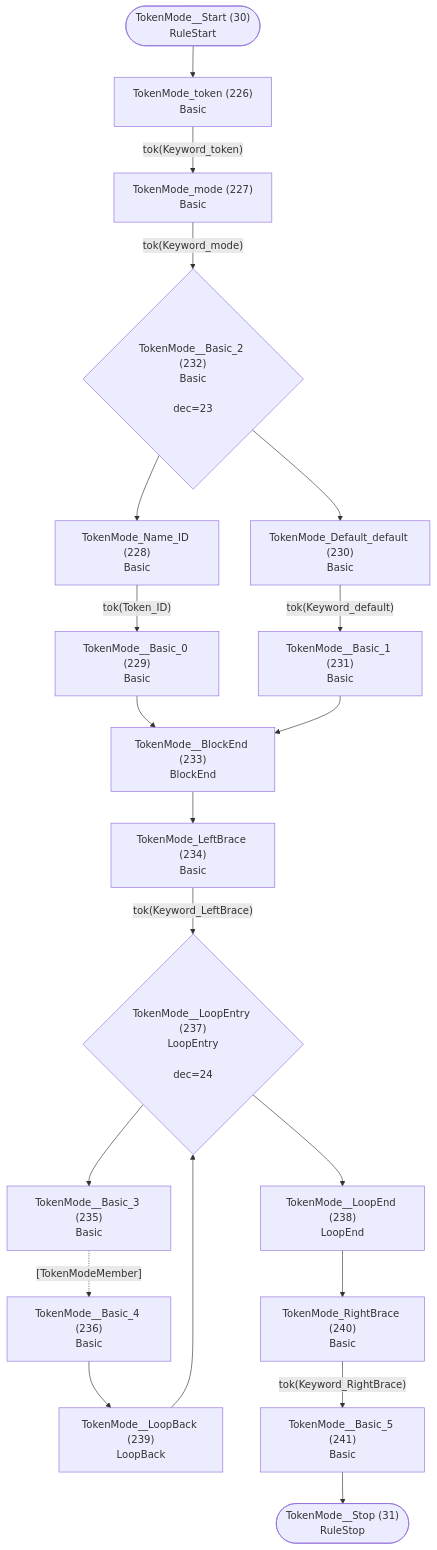
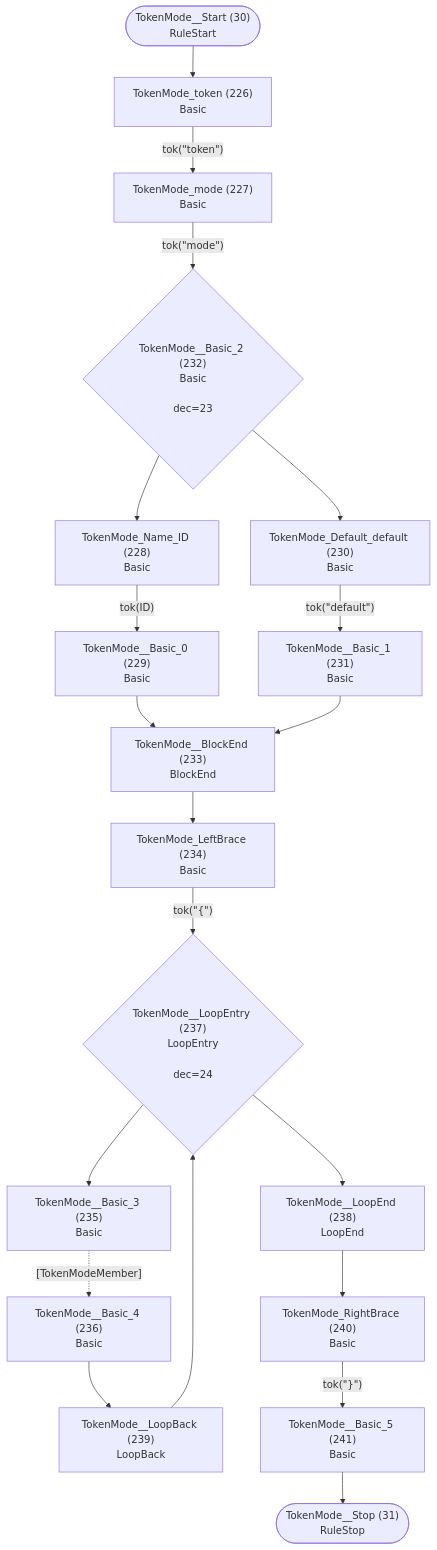
Before and after one commit to TypeFox/fastbelt: diagram 16 of 37 in internal/grammar/atn.md, drawn with Mermaid. The commit also changed other lines of this file and 3 other files, not shown here.

````diff
--- a/internal/grammar/atn.md
+++ b/internal/grammar/atn.md
@@ -491,41 +491,41 @@
 ```mermaid
 flowchart TD
     q30(["TokenMode__Start (30)<br/>RuleStart"])
     q31(["TokenMode__Stop (31)<br/>RuleStop"])
     q226["TokenMode_token (226)<br/>Basic<br/>"]
     q227["TokenMode_mode (227)<br/>Basic<br/>"]
     q228["TokenMode_Name_ID (228)<br/>Basic<br/>"]
     q229["TokenMode__Basic_0 (229)<br/>Basic<br/>"]
     q230["TokenMode_Default_default (230)<br/>Basic<br/>"]
     q231["TokenMode__Basic_1 (231)<br/>Basic<br/>"]
     q232{"TokenMode__Basic_2 (232)<br/>Basic<br/><br/>dec=23"}
     q233["TokenMode__BlockEnd (233)<br/>BlockEnd<br/>"]
     q234["TokenMode_LeftBrace (234)<br/>Basic<br/>"]
     q235["TokenMode__Basic_3 (235)<br/>Basic<br/>"]
     q236["TokenMode__Basic_4 (236)<br/>Basic<br/>"]
     q237{"TokenMode__LoopEntry (237)<br/>LoopEntry<br/><br/>dec=24"}
     q238["TokenMode__LoopEnd (238)<br/>LoopEnd<br/>"]
     q239["TokenMode__LoopBack (239)<br/>LoopBack<br/>"]
     q240["TokenMode_RightBrace (240)<br/>Basic<br/>"]
     q241["TokenMode__Basic_5 (241)<br/>Basic<br/>"]
 
     q30 --> q226
-    q226 -->|"tok(Keyword_token)"| q227
-    q227 -->|"tok(Keyword_mode)"| q232
-    q228 -->|"tok(Token_ID)"| q229
+    q226 -->|"tok(&quot;token&quot;)"| q227
+    q227 -->|"tok(&quot;mode&quot;)"| q232
+    q228 -->|"tok(ID)"| q229
     q229 --> q233
-    q230 -->|"tok(Keyword_default)"| q231
+    q230 -->|"tok(&quot;default&quot;)"| q231
     q231 --> q233
     q232 --> q228
     q232 --> q230
     q233 --> q234
-    q234 -->|"tok(Keyword_LeftBrace)"| q237
+    q234 -->|"tok(&quot;{&quot;)"| q237
     q235 -.->|"[TokenModeMember]"| q236
     q236 --> q239
     q237 --> q235
     q237 --> q238
     q238 --> q240
     q239 --> q237
-    q240 -->|"tok(Keyword_RightBrace)"| q241
+    q240 -->|"tok(&quot;}&quot;)"| q241
     q241 --> q31
 ```
````
